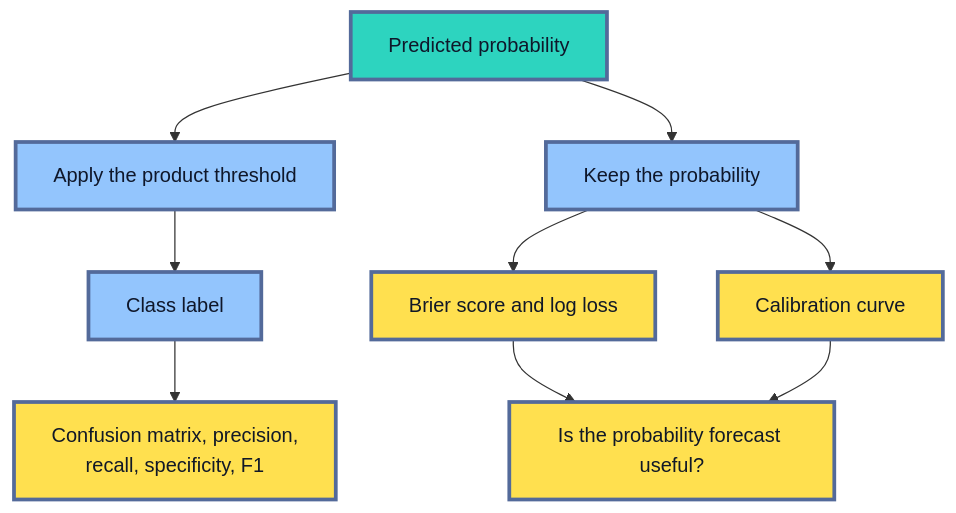
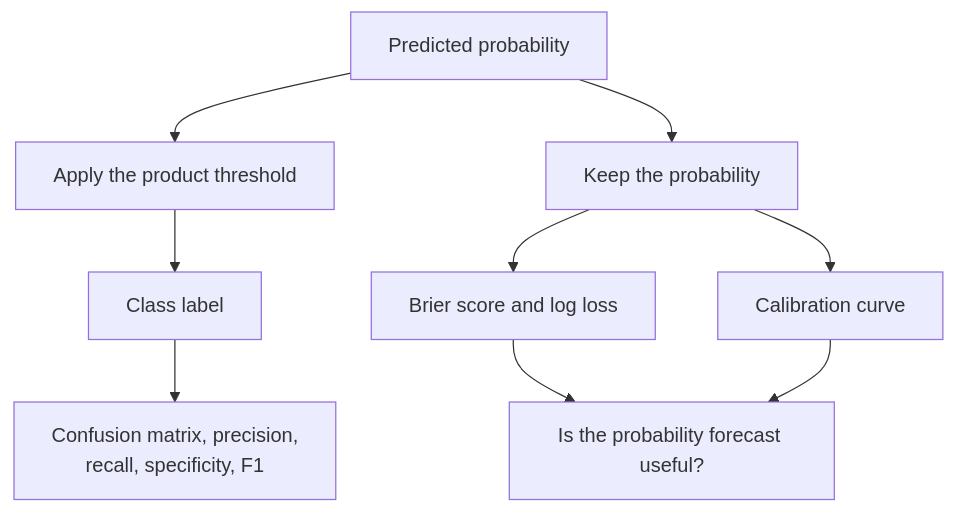
The sixth of 8 diagrams in roadmaps/mlops/modules/model-evaluation/offline-evaluation/02-classification-metrics.md (senlinyy/dev-roadmaps), drawn with Mermaid before and after one commit. The commit also changed other lines of this file and 152 other files, not shown here.

Commit message:
feat: mlops and diagrams updated

````diff
--- a/roadmaps/mlops/modules/model-evaluation/offline-evaluation/02-classification-metrics.md
+++ b/roadmaps/mlops/modules/model-evaluation/offline-evaluation/02-classification-metrics.md
@@ -247,13 +241,11 @@
 ```mermaid
 flowchart TD
     P["Predicted probability"] --> D["Apply the product threshold"] --> L["Class label"] --> M["Confusion matrix, precision,<br/>recall, specificity, F1"]
     P --> F["Keep the probability"] --> B["Brier score and log loss"] --> R["Is the probability forecast useful?"]
     F --> C["Calibration curve"]
     C --> R
-    classDef input fill:#2DD4BF,stroke:#536A9A,stroke-width:3px,color:#0F172A
-    classDef route fill:#93C5FD,stroke:#536A9A,stroke-width:3px,color:#0F172A
-    classDef evidence fill:#FFE04F,stroke:#536A9A,stroke-width:3px,color:#111827
+
     class P input
     class D,L,F route
     class M,B,C,R evidence
 ```
````
